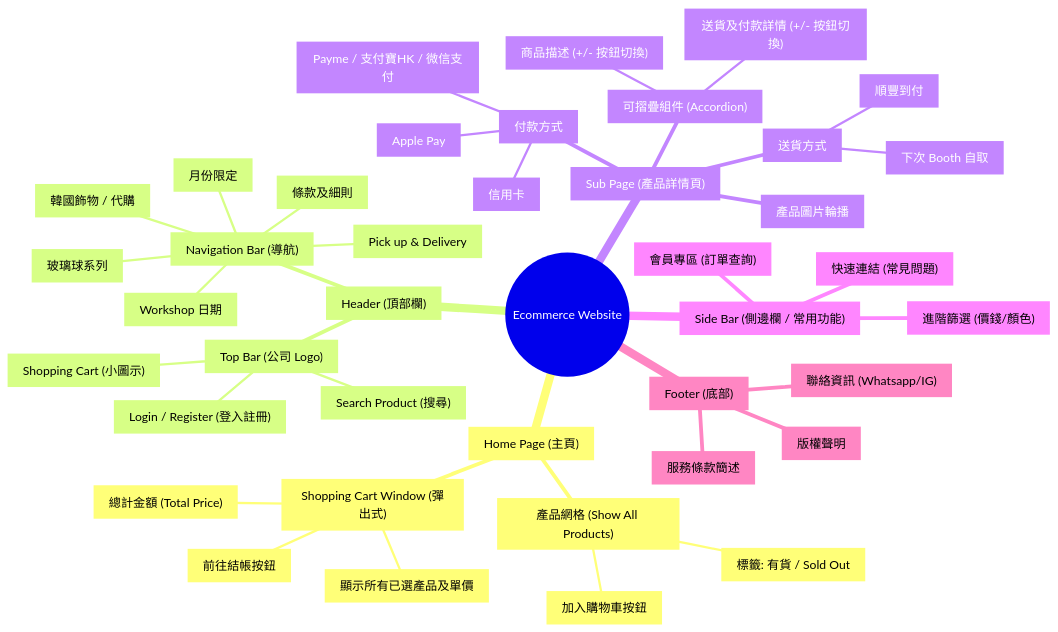
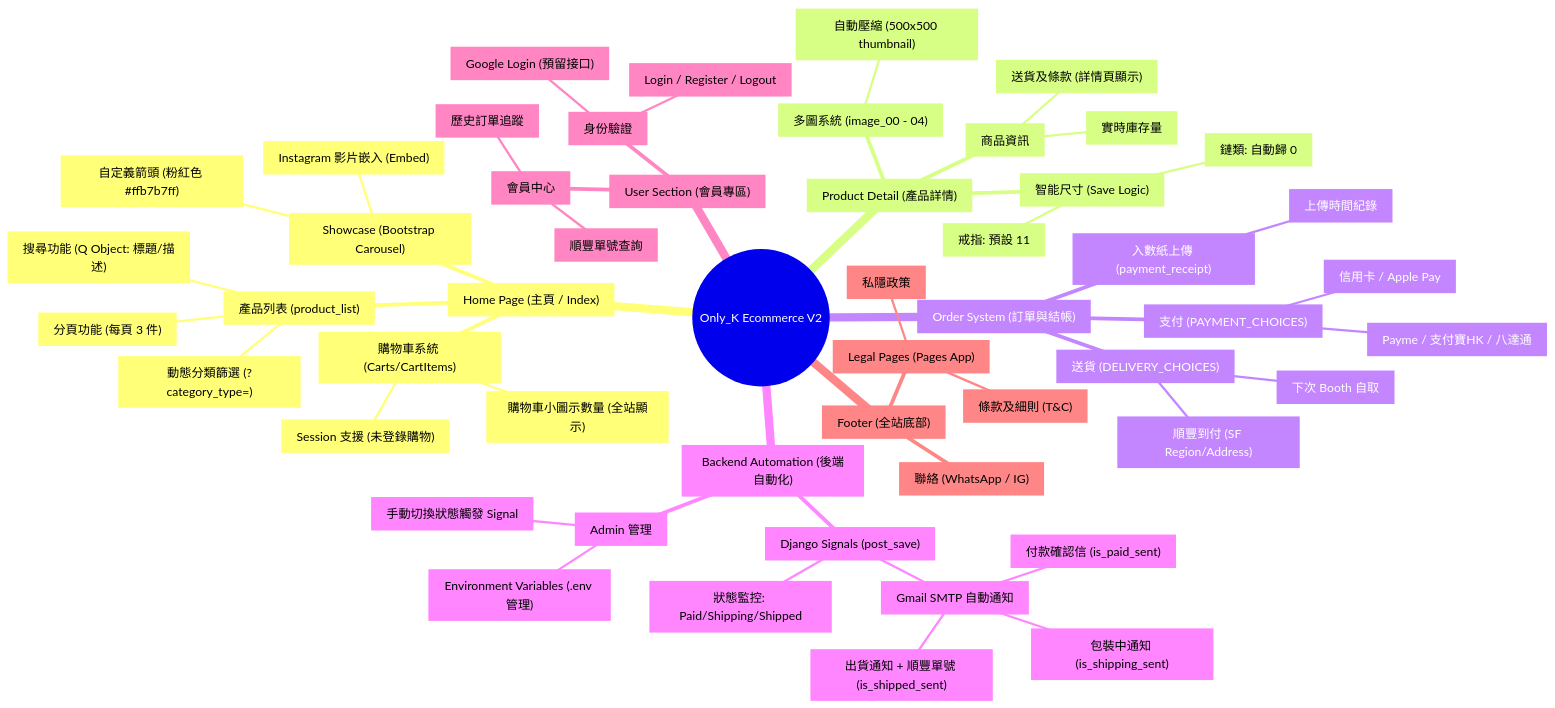
Before and after one commit to OscarLoOscar/django_ecommerce: the first of 8 diagrams in python_django_project/UML_of_e-commerce.md, drawn with Mermaid. The commit also changed other lines of this file and 10 other files, not shown here.

Commit message:
update UML ,README

````diff
--- a/python_django_project/UML_of_e-commerce.md
+++ b/python_django_project/UML_of_e-commerce.md
@@ -1,44 +1,60 @@
 ```mermaid
 mindmap
-  root((Ecommerce Website))
-    Home_Page["Home Page (主頁)"]
-        Product_Grid["產品網格 (Show All Products)"]
-            Status_Tag["標籤: 有貨 / Sold Out"]
-            Action["加入購物車按鈕"]
-        Cart_Modal["Shopping Cart Window (彈出式)"]
-            List["顯示所有已選產品及單價"]
-            Calculations["總計金額 (Total Price)"]
-            Checkout_Btn["前往結帳按鈕"]
-    Header["Header (頂部欄)"]
-        Top_Bar["Top Bar (公司 Logo)"]
-            Search["Search Product (搜尋)"]
-            Auth["Login / Register (登入註冊)"]
-            Cart_Icon["Shopping Cart (小圖示)"]
-        Navigation_Bar["Navigation Bar (導航)"]
-            Cat1["月份限定"]
-            Cat2["玻璃球系列"]
-            Cat3["韓國飾物 / 代購"]
-            Cat4["Workshop 日期"]
-            Cat5["Pick up & Delivery"]
-            Cat6["條款及細則"]
-    Sub_Page["Sub Page (產品詳情頁)"]
-        Gallery["產品圖片輪播"]
-        Collapsible_Section["可摺疊組件 (Accordion)"]
-            Desc["商品描述 (+/- 按鈕切換)"]
-            Policy["送貨及付款詳情 (+/- 按鈕切換)"]
-        Delivery_Methods["送貨方式"]
-            Self_Pick["下次 Booth 自取"]
-            SF_Express["順豐到付"]
-        Payment_Gateways["付款方式"]
-            Credit_Card["信用卡"]
-            Local_Pay["Payme / 支付寶HK / 微信支付"]
-            Mobile_Pay["Apple Pay"]
-    Side_Bar["Side Bar (側邊欄 / 常用功能)"]
-        Filter["進階篩選 (價錢/顏色)"]
-        Quick_Links["快速連結 (常見問題)"]
-        User_Menu["會員專區 (訂單查詢)"]
-    Footer["Footer (底部)"]
-        Contact["聯絡資訊 (Whatsapp/IG)"]
-        Copyright["版權聲明"]
-        T_C["服務條款簡述"]
+  root((Only_K Ecommerce V2))
+    Home_Page["Home Page (主頁 / Index)"]
+        Showcase["Showcase (Bootstrap Carousel)"]
+            Custom_Arrows["自定義箭頭 (粉紅色 #ffb7b7ff)"]
+            IG_Video["Instagram 影片嵌入 (Embed)"]
+        Product_Listing["產品列表 (product_list)"]
+            Filter_Logic["動態分類篩選 (?category_type=)"]
+            Search_Q["搜尋功能 (Q Object: 標題/描述)"]
+            Paginator["分頁功能 (每頁 3 件)"]
+        Cart_Logic["購物車系統 (Carts/CartItems)"]
+            Session_Support["Session 支援 (未登錄購物)"]
+            Context_Processor["購物車小圖示數量 (全站顯示)"]
+
+    Product_Detail["Product Detail (產品詳情)"]
+        Image_System["多圖系統 (image_00 - 04)"]
+            Pillow_Resize["自動壓縮 (500x500 thumbnail)"]
+        Smart_Size["智能尺寸 (Save Logic)"]
+            Ring_Size["戒指: 預設 11"]
+            Chain_Size["鏈類: 自動歸 0"]
+        Status_Info["商品資訊"]
+            Stock_Count["實時庫存量"]
+            Policy_Info["送貨及條款 (詳情頁顯示)"]
+
+    Checkout_Order["Order System (訂單與結帳)"]
+        Delivery_Methods["送貨 (DELIVERY_CHOICES)"]
+            Booth["下次 Booth 自取"]
+            SF_Express["順豐到付 (SF Region/Address)"]
+        Payment_Gateways["支付 (PAYMENT_CHOICES)"]
+            Local_Pay["Payme / 支付寶HK / 八達通"]
+            Credit_Mobile["信用卡 / Apple Pay"]
+        Proof_Upload["入數紙上傳 (payment_receipt)"]
+            Timestamp["上傳時間紀錄"]
+
+    Backend_Automation["Backend Automation (後端自動化)"]
+        Signals["Django Signals (post_save)"]
+            Status_Monitor["狀態監控: Paid/Shipping/Shipped"]
+            Email_System["Gmail SMTP 自動通知"]
+                Template_A["付款確認信 (is_paid_sent)"]
+                Template_B["包裝中通知 (is_shipping_sent)"]
+                Template_C["出貨通知 + 順豐單號 (is_shipped_sent)"]
+        Admin_Management["Admin 管理"]
+            Status_Control["手動切換狀態觸發 Signal"]
+            Security["Environment Variables (.env 管理)"]
+
+    User_Section["User Section (會員專區)"]
+        Auth["身份驗證"]
+            Standard["Login / Register / Logout"]
+            Social["Google Login (預留接口)"]
+        Dashboard["會員中心"]
+            Order_History["歷史訂單追蹤"]
+            Tracking_Info["順豐單號查詢"]
+
+    Footer_Info["Footer (全站底部)"]
+        Contact["聯絡 (WhatsApp / IG)"]
+        Legal["Legal Pages (Pages App)"]
+            Terms["條款及細則 (T&C)"]
+            Privacy["私隱政策"]
 ```
````
